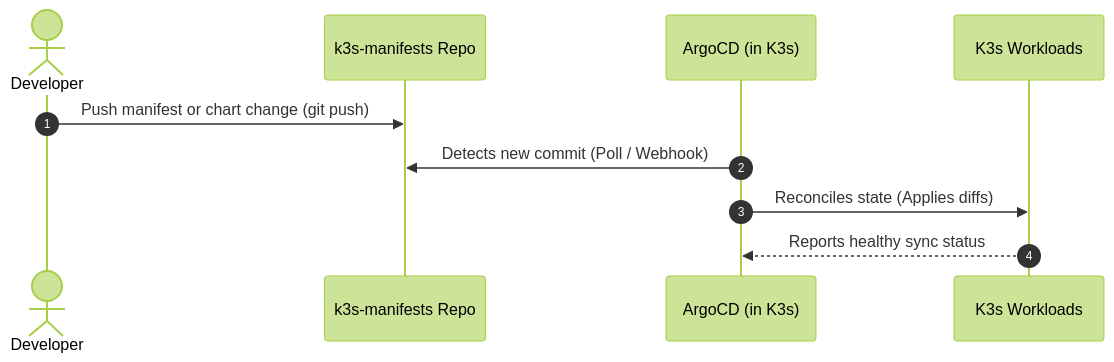
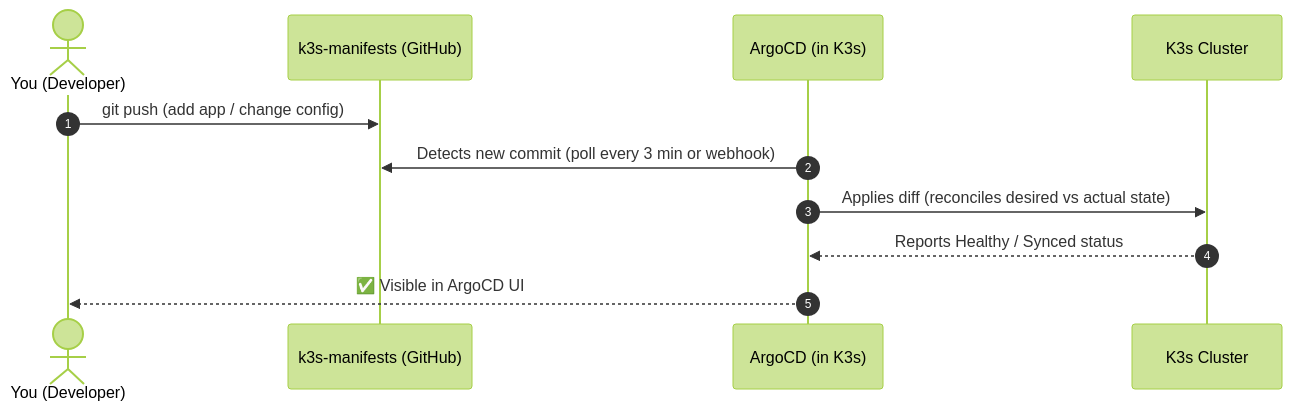
One commit to freecloudinitiative/docs changed the diagram in docs/gitops-manifests.md. Above: the diagram before and after it, drawn with Mermaid (forest theme). The commit also changed other lines of this file and 11 other files, not shown here.

````diff
--- a/docs/gitops-manifests.md
+++ b/docs/gitops-manifests.md
@@ -11,13 +16,14 @@
 ```mermaid
 sequenceDiagram
     autonumber
-    actor Developer
-    participant Git as k3s-manifests Repo
-    participant ArgoCD as ArgoCD (in K3s)
-    participant K3s as K3s Workloads
+    actor Dev as You (Developer)
+    participant Git as k3s-manifests (GitHub)
+    participant ACD as ArgoCD (in K3s)
+    participant K3S as K3s Cluster
 
-    Developer->>Git: Push manifest or chart change (git push)
-    ArgoCD->>Git: Detects new commit (Poll / Webhook)
-    ArgoCD->>K3s: Reconciles state (Applies diffs)
-    K3s-->>ArgoCD: Reports healthy sync status
+    Dev->>Git: git push (add app / change config)
+    ACD->>Git: Detects new commit (poll every 3 min or webhook)
+    ACD->>K3S: Applies diff (reconciles desired vs actual state)
+    K3S-->>ACD: Reports Healthy / Synced status
+    ACD-->>Dev: ✅ Visible in ArgoCD UI
 ```
````
